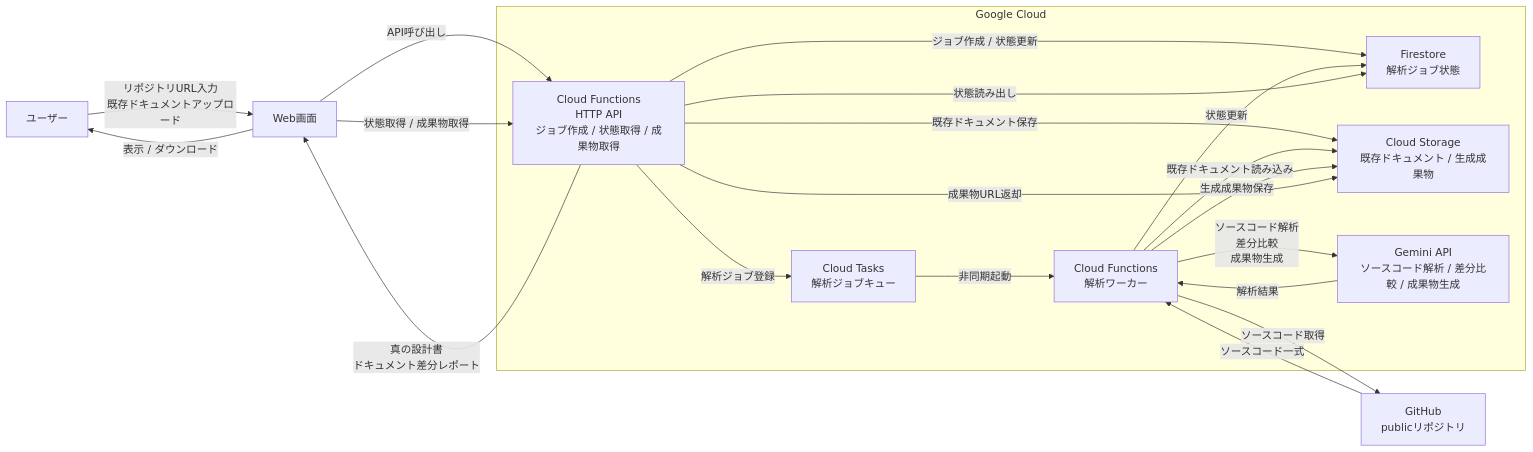
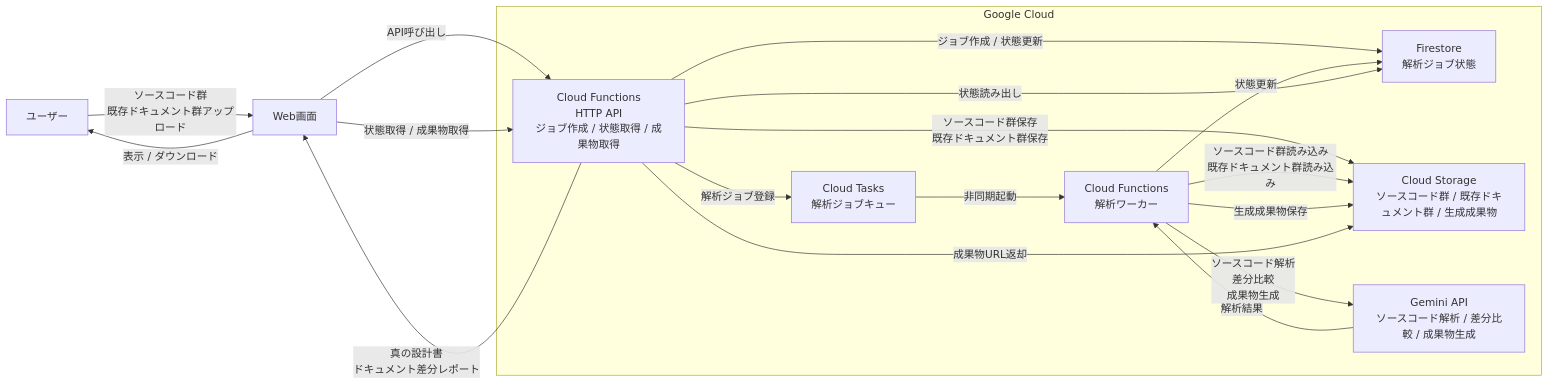
The second of 2 diagrams in documents/features/01-document-drift-agent.md (daisuke-arakawa-uhuru/PhoenixDevOps), drawn with Mermaid before and after one commit. The commit also changed other lines of this file and 1 other file, not shown here.

````diff
--- a/documents/features/01-document-drift-agent.md
+++ b/documents/features/01-document-drift-agent.md
@@ -192,34 +183,31 @@
 ```mermaid
 flowchart LR
     User["ユーザー"]
     Browser["Web画面"]
-    GitHub["GitHub<br/>publicリポジトリ"]
 
     subgraph GCP["Google Cloud"]
         ApiFunction["Cloud Functions<br/>HTTP API<br/>ジョブ作成 / 状態取得 / 成果物取得"]
         WorkerFunction["Cloud Functions<br/>解析ワーカー"]
         Queue["Cloud Tasks<br/>解析ジョブキュー"]
         Firestore["Firestore<br/>解析ジョブ状態"]
-        Storage["Cloud Storage<br/>既存ドキュメント / 生成成果物"]
+        Storage["Cloud Storage<br/>ソースコード群 / 既存ドキュメント群 / 生成成果物"]
         Gemini["Gemini API<br/>ソースコード解析 / 差分比較 / 成果物生成"]
     end
 
-    User -->|"リポジトリURL入力<br/>既存ドキュメントアップロード"| Browser
+    User -->|"ソースコード群<br/>既存ドキュメント群アップロード"| Browser
     Browser -->|"API呼び出し"| ApiFunction
-    ApiFunction -->|"既存ドキュメント保存"| Storage
+    ApiFunction -->|"ソースコード群保存<br/>既存ドキュメント群保存"| Storage
     ApiFunction -->|"ジョブ作成 / 状態更新"| Firestore
     ApiFunction -->|"解析ジョブ登録"| Queue
     Queue -->|"非同期起動"| WorkerFunction
-    WorkerFunction -->|"ソースコード取得"| GitHub
-    GitHub -->|"ソースコード一式"| WorkerFunction
-    WorkerFunction -->|"既存ドキュメント読み込み"| Storage
+    WorkerFunction -->|"ソースコード群読み込み<br/>既存ドキュメント群読み込み"| Storage
     WorkerFunction -->|"ソースコード解析<br/>差分比較<br/>成果物生成"| Gemini
     Gemini -->|"解析結果"| WorkerFunction
     WorkerFunction -->|"生成成果物保存"| Storage
     WorkerFunction -->|"状態更新"| Firestore
     Browser -->|"状態取得 / 成果物取得"| ApiFunction
     ApiFunction -->|"状態読み出し"| Firestore
     ApiFunction -->|"成果物URL返却"| Storage
     ApiFunction -->|"真の設計書<br/>ドキュメント差分レポート"| Browser
     Browser -->|"表示 / ダウンロード"| User
 ```
````
